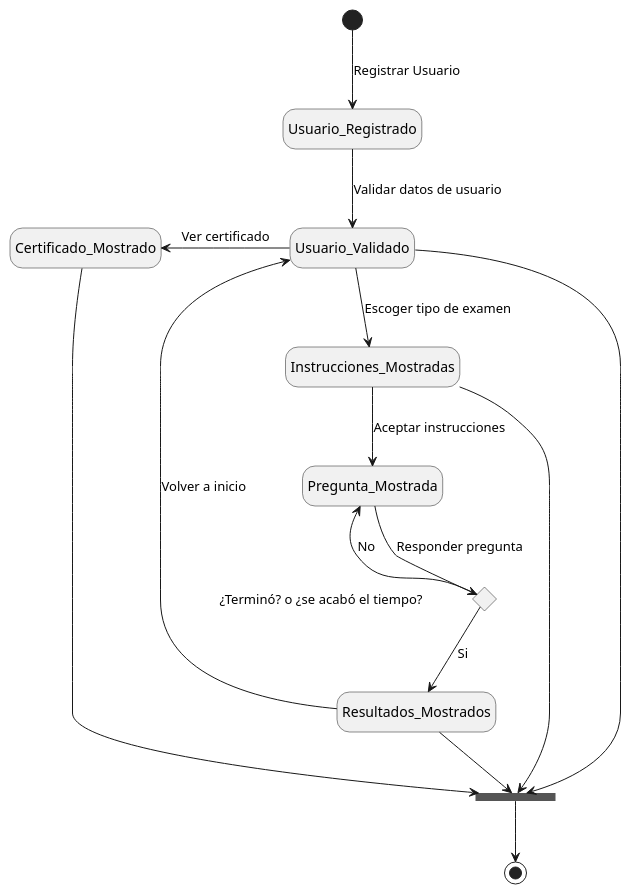
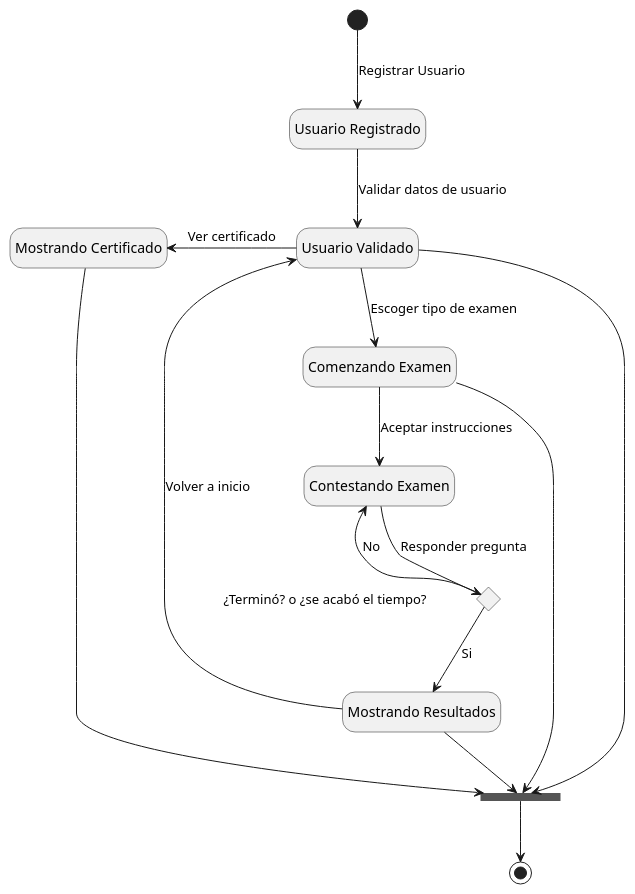
The diagram in docs/scenariosView/StateDiagram.plantuml (TheSProyect/Proyecto-IS-Grupo-1), drawn with PlantUML before and after one commit. The commit also changed 5 other files, not shown here.

```diff
--- a/docs/scenariosView/StateDiagram.plantuml
+++ b/docs/scenariosView/StateDiagram.plantuml
@@ -1,34 +1,40 @@
 @startuml Project-StateDiagram
 state join_state <<join>>
 state c <<choice>>
+state Usuario_Registrado as "Usuario Registrado"
+state Usuario_Validado as "Usuario Validado"
+state Certificado_Mostrado as "Mostrando Certificado"
+state Instrucciones_Mostradas as "Comenzando Examen"
+state Pregunta_Mostrada as "Contestando Examen"
+state Resultados_Mostrados as "Mostrando Resultados"
 
 hide empty description
 
 <style>
 note {
     LineColor transparent
     BackgroundColor transparent
 }
 </style>
 
 [*] --> Usuario_Registrado : Registrar Usuario
 Usuario_Registrado -down-> Usuario_Validado : Validar datos de usuario
 Usuario_Validado -down-> Instrucciones_Mostradas : Escoger tipo de examen
 Instrucciones_Mostradas -down-> Pregunta_Mostrada : Aceptar instrucciones
 Pregunta_Mostrada -down-> c : Responder pregunta
 c -up-> Pregunta_Mostrada : No
 c -down-> Resultados_Mostrados : Si
 Resultados_Mostrados --> join_state
 
 note left of c
     ¿Terminó? o ¿se acabó el tiempo?
 end note
 
 Resultados_Mostrados -left-> Usuario_Validado : Volver a inicio
 Usuario_Validado -right-> join_state
 Instrucciones_Mostradas -right-> join_state
 Usuario_Validado -left-> Certificado_Mostrado : Ver certificado
 Certificado_Mostrado -down-> join_state
 join_state --> [*]
 
 @enduml
```
